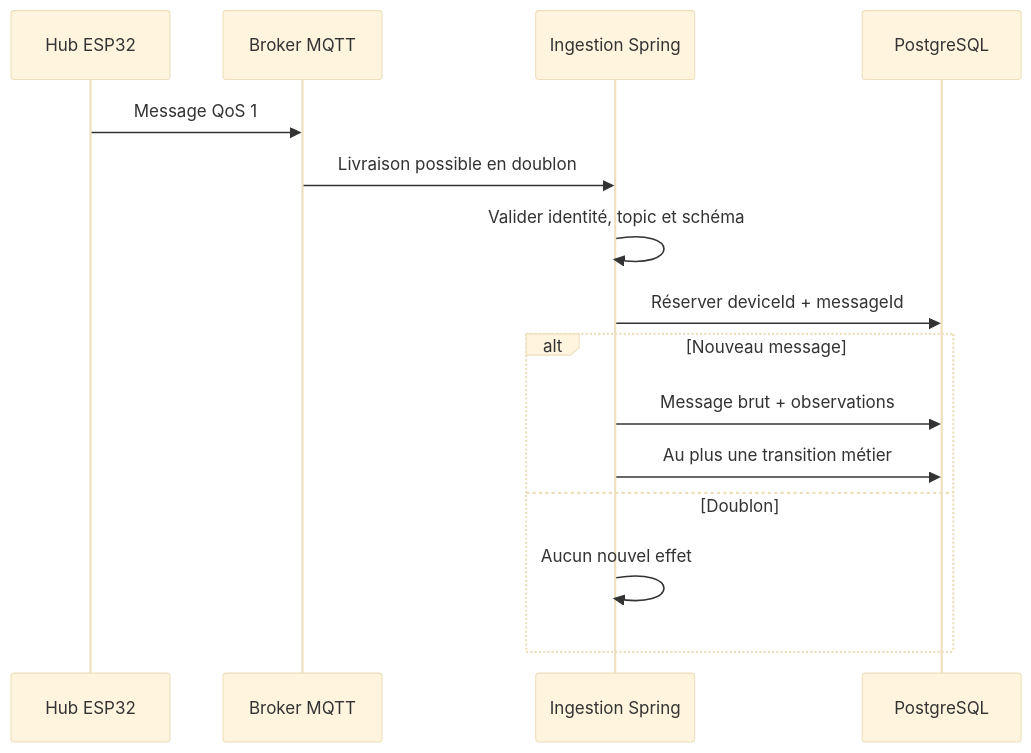
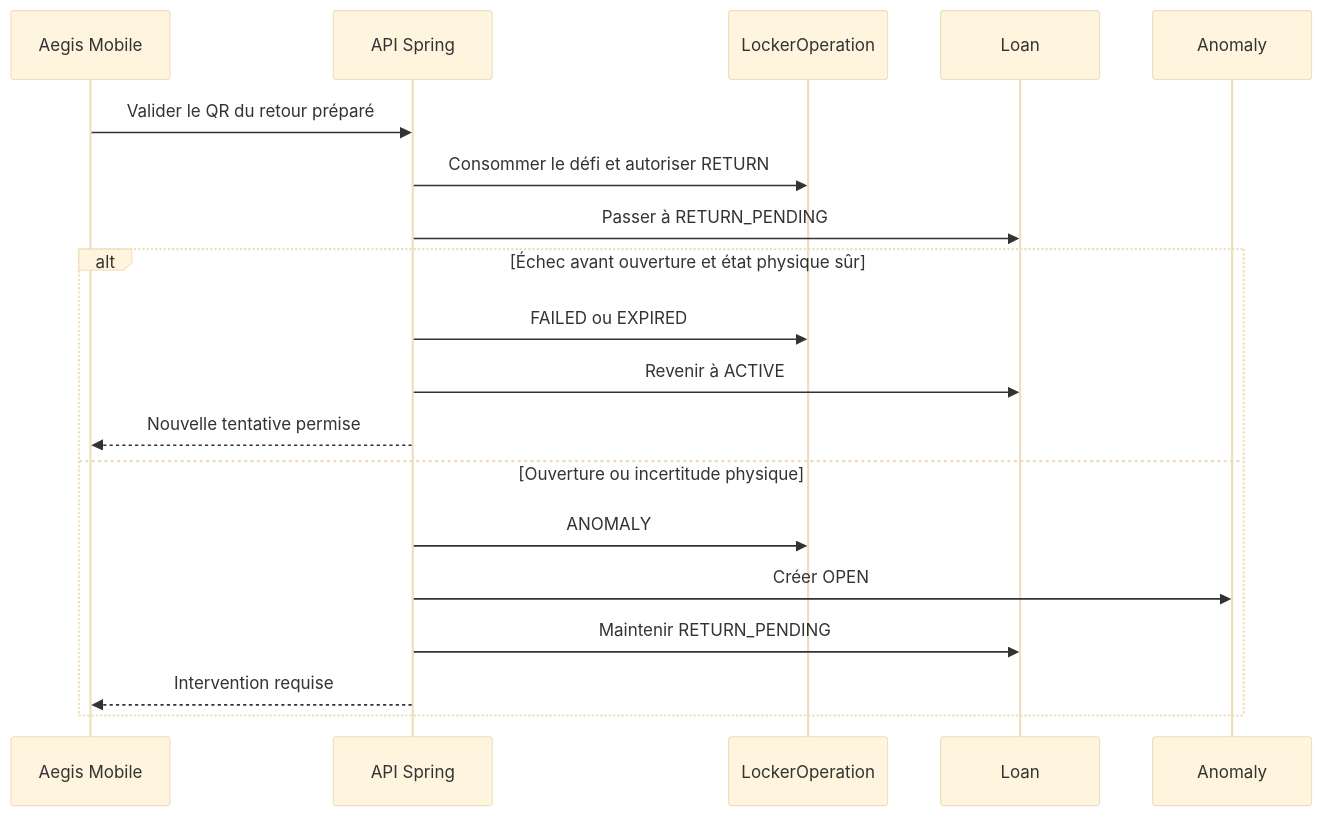
One commit to PhilJordan18/aegis changed the third of 6 diagrams in docs/cahier-conception/05-machines-a-etats.md. Above: the diagram before and after it, drawn with Mermaid (base theme). The commit also changed other lines of this file and 8 other files, not shown here.

````diff
--- a/docs/cahier-conception/05-machines-a-etats.md
+++ b/docs/cahier-conception/05-machines-a-etats.md
@@ -727,18 +167,22 @@
 ```mermaid
 sequenceDiagram
-    participant H as Hub ESP32
-    participant B as Broker MQTT
-    participant A as Ingestion Spring
-    participant D as PostgreSQL
+    participant M as Aegis Mobile
+    participant A as API Spring
+    participant O as LockerOperation
+    participant L as Loan
+    participant N as Anomaly
 
-    H->>B: Message QoS 1
-    B->>A: Livraison possible en doublon
-    A->>A: Valider identité, topic et schéma
-    A->>D: Réserver deviceId + messageId
-    alt Nouveau message
-        A->>D: Message brut + observations
-        A->>D: Au plus une transition métier
-    else Doublon
-        A->>A: Aucun nouvel effet
+    M->>A: Valider le QR du retour préparé
+    A->>O: Consommer le défi et autoriser RETURN
+    A->>L: Passer à RETURN_PENDING
+    alt Échec avant ouverture et état physique sûr
+        A->>O: FAILED ou EXPIRED
+        A->>L: Revenir à ACTIVE
+        A-->>M: Nouvelle tentative permise
+    else Ouverture ou incertitude physique
+        A->>O: ANOMALY
+        A->>N: Créer OPEN
+        A->>L: Maintenir RETURN_PENDING
+        A-->>M: Intervention requise
     end
 ```
````
